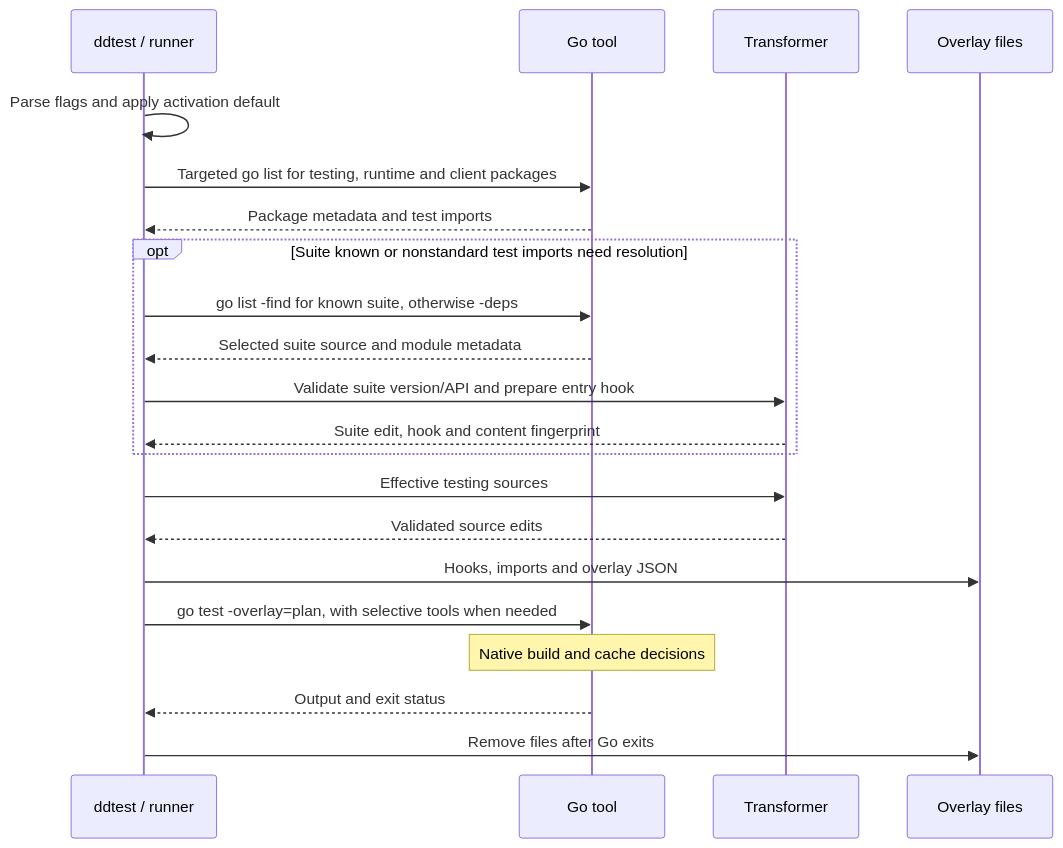
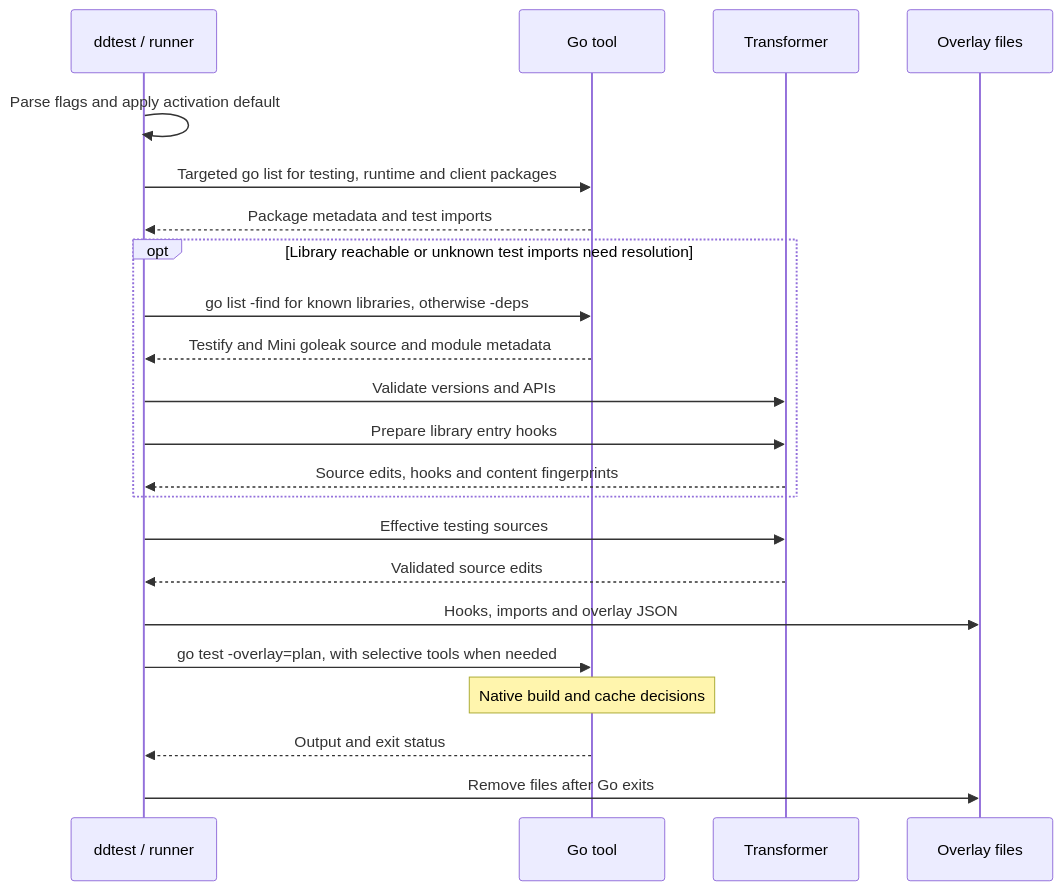
The second of 6 diagrams in docs/architecture.md (tonyredondo/dd-ci-testing-poc), drawn with Mermaid before and after one commit. The commit also changed other lines of this file and 30 other files, not shown here.

````diff
--- a/docs/architecture.md
+++ b/docs/architecture.md
@@ -58,23 +58,24 @@
 ```mermaid
 sequenceDiagram
     participant CLI as ddtest / runner
     participant Go as Go tool
     participant AST as Transformer
     participant Plan as Overlay files
     CLI->>CLI: Parse flags and apply activation default
     CLI->>Go: Targeted go list for testing, runtime and client packages
     Go-->>CLI: Package metadata and test imports
-    opt Suite known or nonstandard test imports need resolution
-        CLI->>Go: go list -find for known suite, otherwise -deps
-        Go-->>CLI: Selected suite source and module metadata
-        CLI->>AST: Validate suite version/API and prepare entry hook
-        AST-->>CLI: Suite edit, hook and content fingerprint
+    opt Library reachable or unknown test imports need resolution
+        CLI->>Go: go list -find for known libraries, otherwise -deps
+        Go-->>CLI: Testify and Mini goleak source and module metadata
+        CLI->>AST: Validate versions and APIs
+        CLI->>AST: Prepare library entry hooks
+        AST-->>CLI: Source edits, hooks and content fingerprints
     end
     CLI->>AST: Effective testing sources
     AST-->>CLI: Validated source edits
     CLI->>Plan: Hooks, imports and overlay JSON
     CLI->>Go: go test -overlay=plan, with selective tools when needed
     Note over Go: Native build and cache decisions
     Go-->>CLI: Output and exit status
     CLI->>Plan: Remove files after Go exits
 ```
````
